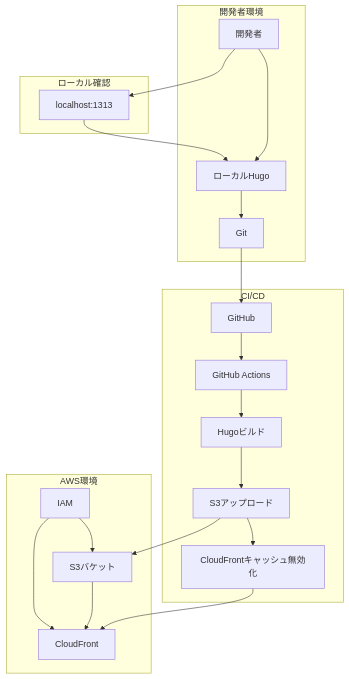
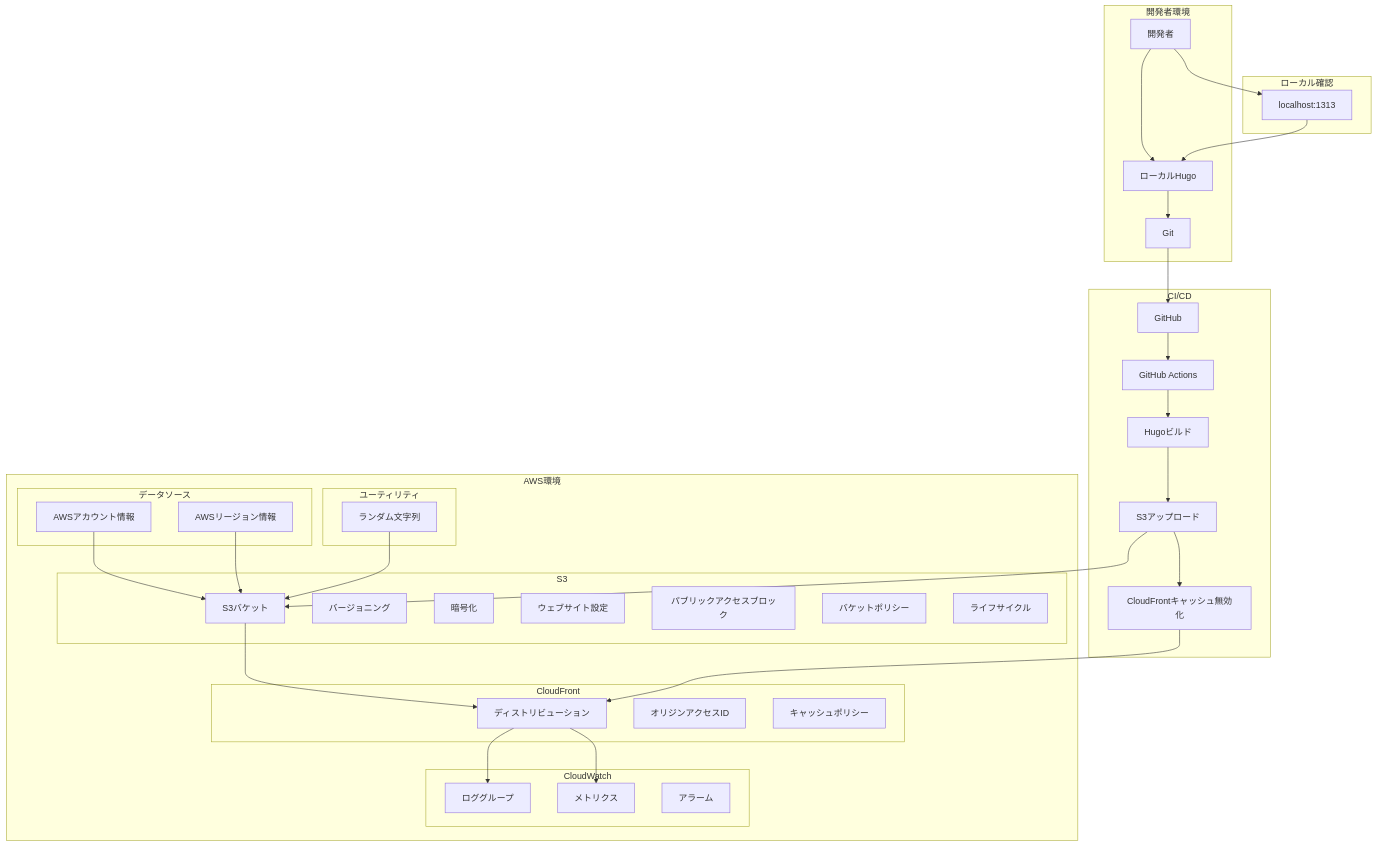
One commit to kazukifukuyama14/techblog-staging changed the first of 2 diagrams in doc/design/システム設計書.md. Above: the diagram before and after it, drawn with Mermaid. The commit also changed other lines of this file and 8 other files, not shown here.

````diff
--- a/doc/design/システム設計書.md
+++ b/doc/design/システム設計書.md
@@ -27,29 +27,62 @@
 ```mermaid
 graph TB
     subgraph "開発者環境"
         A[開発者] --> B[ローカルHugo]
         B --> C[Git]
     end
 
     subgraph "CI/CD"
         C --> D[GitHub]
         D --> E[GitHub Actions]
         E --> F[Hugoビルド]
         F --> G[S3アップロード]
         G --> H[CloudFrontキャッシュ無効化]
     end
 
     subgraph "AWS環境"
-        I[S3バケット] --> J[CloudFront]
-        K[IAM] --> I
-        K --> J
+        subgraph "データソース"
+            DS1[AWSアカウント情報]
+            DS2[AWSリージョン情報]
+        end
+
+        subgraph "ユーティリティ"
+            U1[ランダム文字列]
+        end
+
+        subgraph "S3"
+            I[S3バケット]
+            I1[バージョニング]
+            I2[暗号化]
+            I3[ウェブサイト設定]
+            I4[パブリックアクセスブロック]
+            I5[バケットポリシー]
+            I6[ライフサイクル]
+        end
+
+        subgraph "CloudFront"
+            J[ディストリビューション]
+            J1[オリジンアクセスID]
+            J2[キャッシュポリシー]
+        end
+
+        subgraph "CloudWatch"
+            W1[ロググループ]
+            W2[メトリクス]
+            W3[アラーム]
+        end
     end
 
     subgraph "ローカル確認"
         A --> L[localhost:1313]
         L --> B
     end
 
+    DS1 --> I
+    DS2 --> I
+    U1 --> I
     G --> I
+    I --> J
     H --> J
+    J --> W1
+    J --> W2
 ```
````
